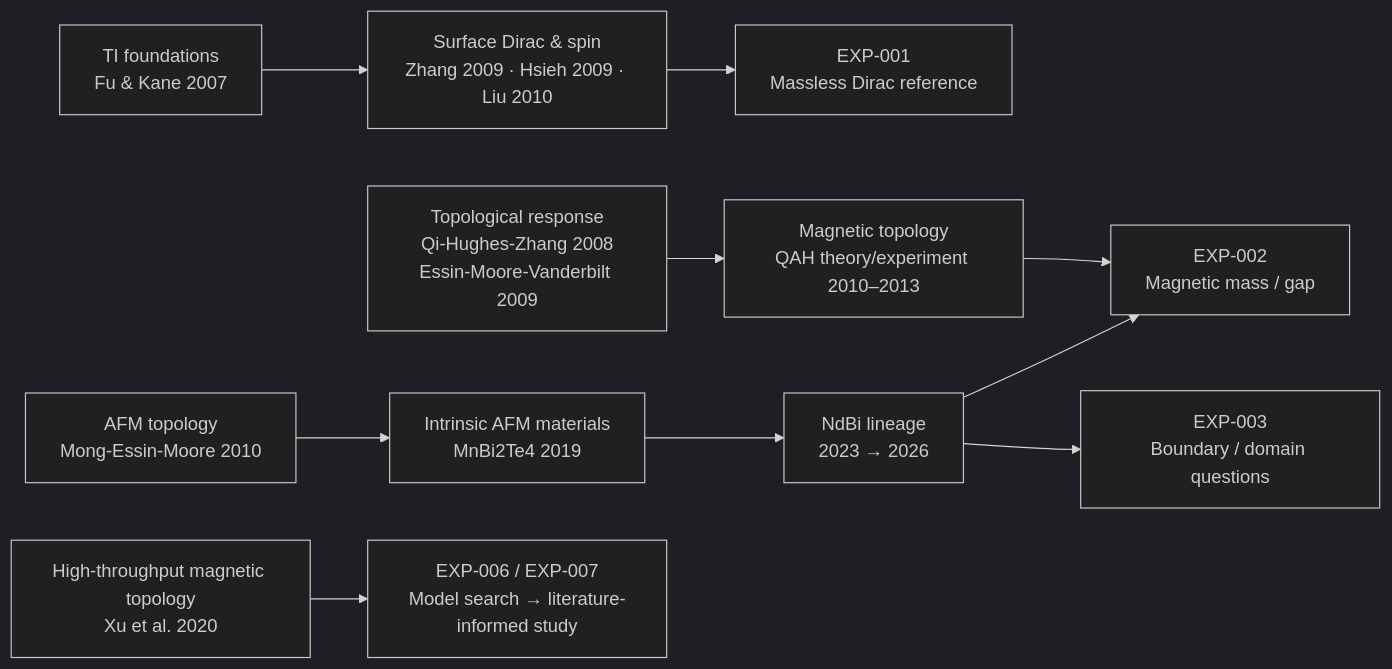
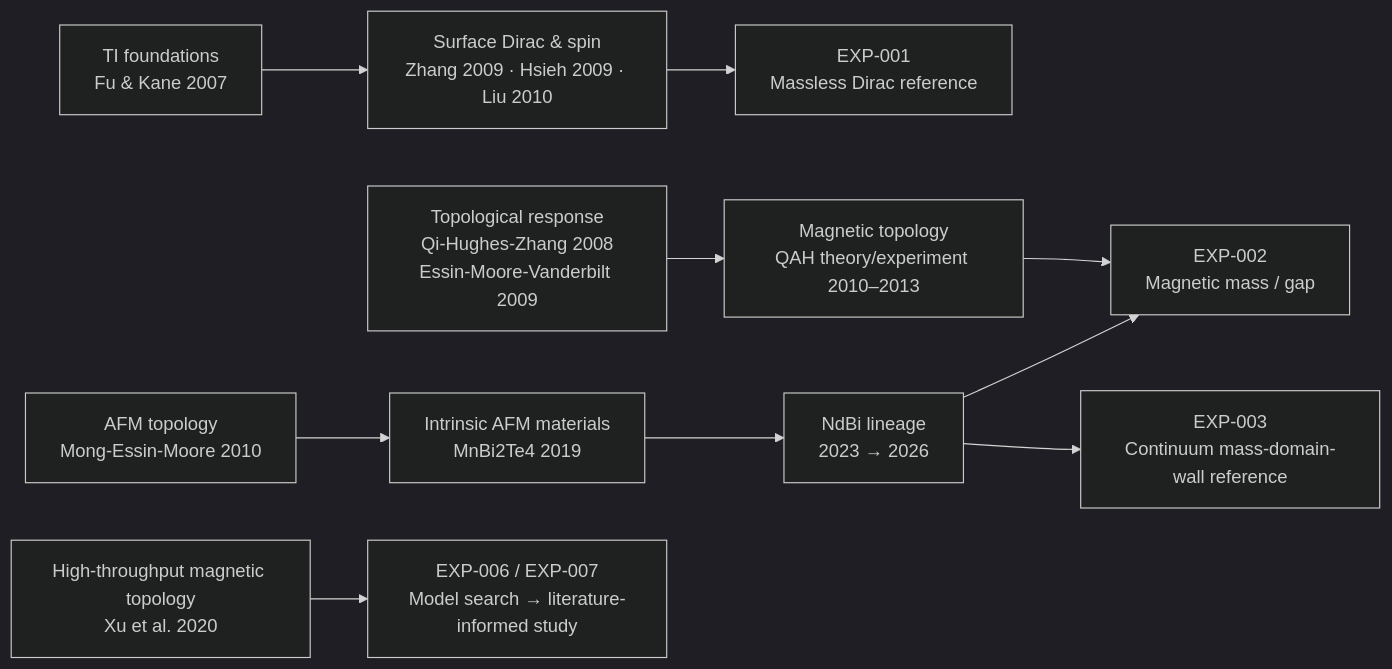
Before and after one commit to hopeless-t/topological-spin-lab: the diagram in docs/LITERATURE_MAP.md, drawn with Mermaid (dark theme). The commit also changed other lines of this file and 22 other files, not shown here.

First line of the commit message:
exp003: add continuum mass-domain-wall reference

````diff
--- a/docs/LITERATURE_MAP.md
+++ b/docs/LITERATURE_MAP.md
@@ -9,15 +9,15 @@
 ```mermaid
 flowchart LR
     A["TI foundations<br/>Fu & Kane 2007"] --> B["Surface Dirac & spin<br/>Zhang 2009 · Hsieh 2009 · Liu 2010"]
     B --> X1["EXP-001<br/>Massless Dirac reference"]
 
     C["Topological response<br/>Qi-Hughes-Zhang 2008<br/>Essin-Moore-Vanderbilt 2009"] --> D["Magnetic topology<br/>QAH theory/experiment 2010–2013"]
     D --> X2["EXP-002<br/>Magnetic mass / gap"]
 
     F["AFM topology<br/>Mong-Essin-Moore 2010"] --> G["Intrinsic AFM materials<br/>MnBi2Te4 2019"]
     G --> H["NdBi lineage<br/>2023 → 2026"]
     H --> X2
-    H --> X3["EXP-003<br/>Boundary / domain questions"]
+    H --> X3["EXP-003<br/>Continuum mass-domain-wall reference"]
 
     J["High-throughput magnetic topology<br/>Xu et al. 2020"] --> X6["EXP-006 / EXP-007<br/>Model search → literature-informed study"]
 ```
````
